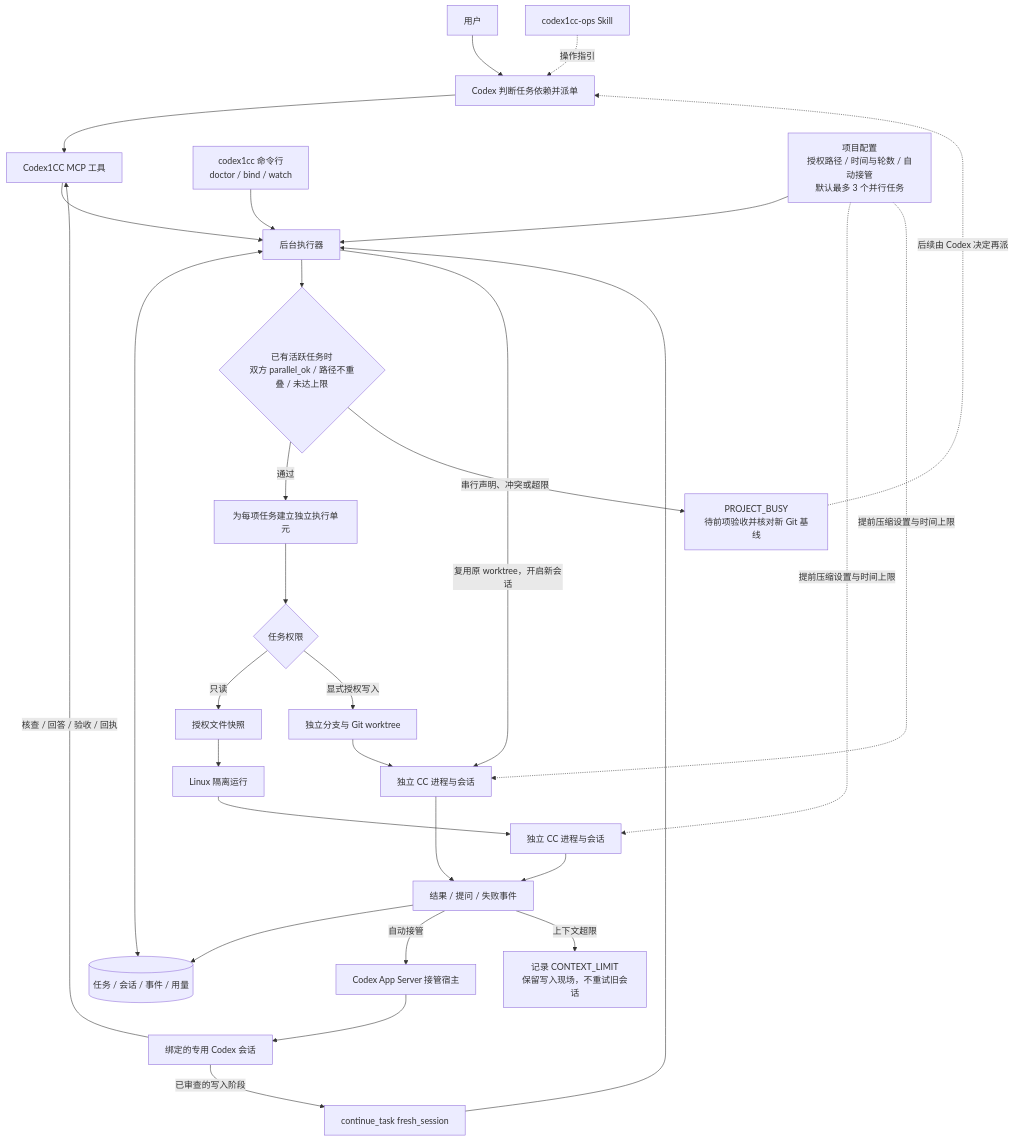
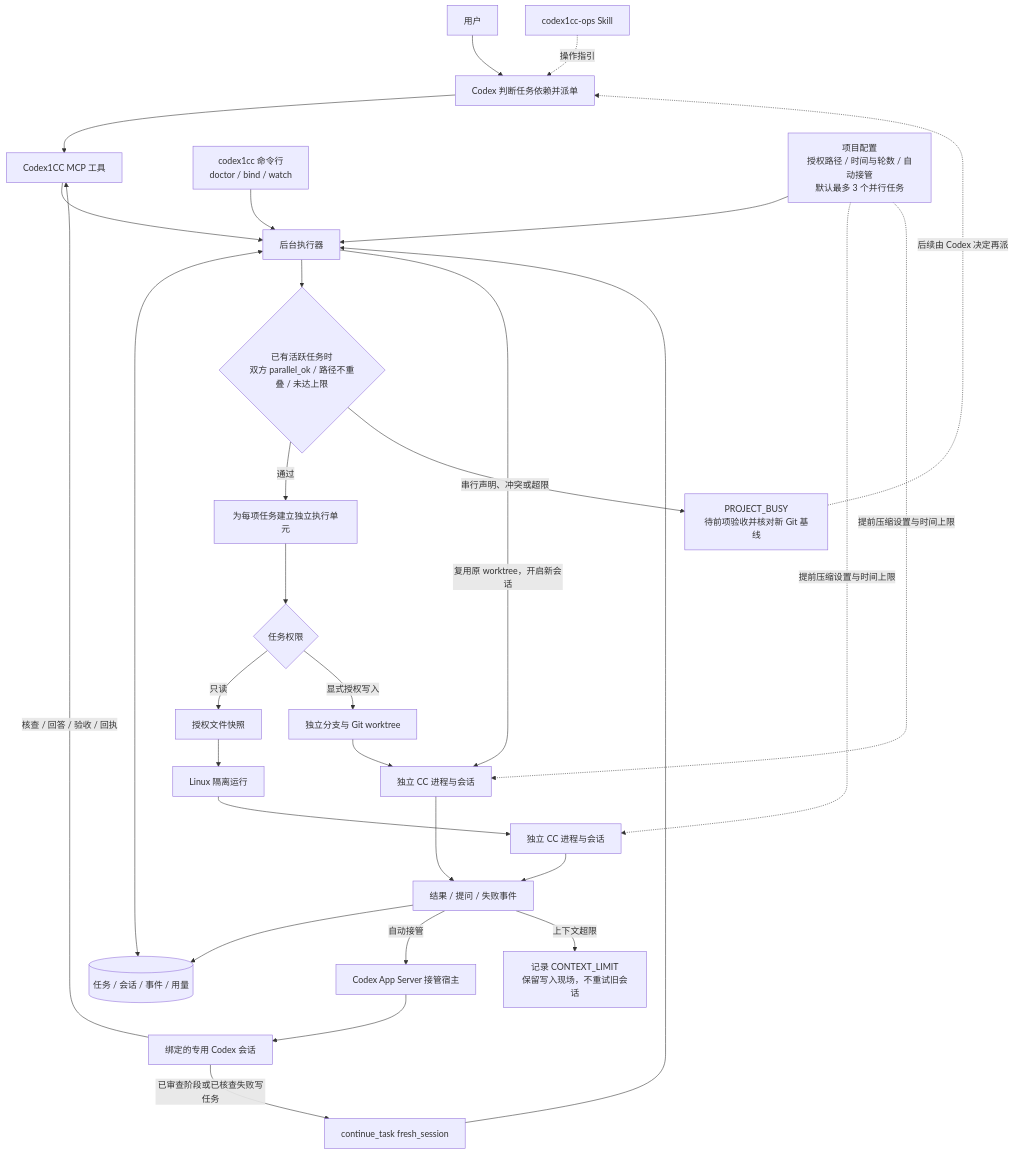
One commit to UncleTIM-GZ/Codex1CC changed the diagram in README.zh-CN.md. Above: the diagram before and after it, drawn with Mermaid. The commit also changed other lines of this file and 10 other files, not shown here.

````diff
--- a/README.zh-CN.md
+++ b/README.zh-CN.md
@@ -15,26 +15,26 @@
 ```mermaid
 flowchart TD
     U[用户] --> C[Codex 判断任务依赖并派单]
     S[codex1cc-ops Skill] -. 操作指引 .-> C
     C --> M[Codex1CC MCP 工具] --> E[后台执行器]
     CLI[codex1cc 命令行<br/>doctor / bind / watch] --> E
     CFG[项目配置<br/>授权路径 / 时间与轮数 / 自动接管<br/>默认最多 3 个并行任务] --> E
     E <--> DB[(任务 / 会话 / 事件 / 用量)]
     E --> A{已有活跃任务时<br/>双方 parallel_ok / 路径不重叠 / 未达上限}
     A -->|通过| T[为每项任务建立独立执行单元]
     A -->|串行声明、冲突或超限| BUSY[PROJECT_BUSY<br/>待前项验收并核对新 Git 基线]
     BUSY -. 后续由 Codex 决定再派 .-> C
     T --> MODE{任务权限}
     MODE -->|只读| SNAP[授权文件快照] --> BOX[Linux 隔离运行] --> CCR[独立 CC 进程与会话]
     MODE -->|显式授权写入| WT[独立分支与 Git worktree] --> CCW[独立 CC 进程与会话]
     CFG -. 提前压缩设置与时间上限 .-> CCR
     CFG -. 提前压缩设置与时间上限 .-> CCW
     CCR --> EV[结果 / 提问 / 失败事件]
     CCW --> EV
     EV --> DB
     EV -->|自动接管| H[Codex App Server 接管宿主] --> D[绑定的专用 Codex 会话]
     D -->|核查 / 回答 / 验收 / 回执| M
-    D -->|已审查的写入阶段| F[continue_task fresh_session] --> E
+    D -->|已审查阶段或已核查失败写任务| F[continue_task fresh_session] --> E
     E -->|复用原 worktree，开启新会话| CCW
     EV -->|上下文超限| X[记录 CONTEXT_LIMIT<br/>保留写入现场，不重试旧会话]
 ```
````
